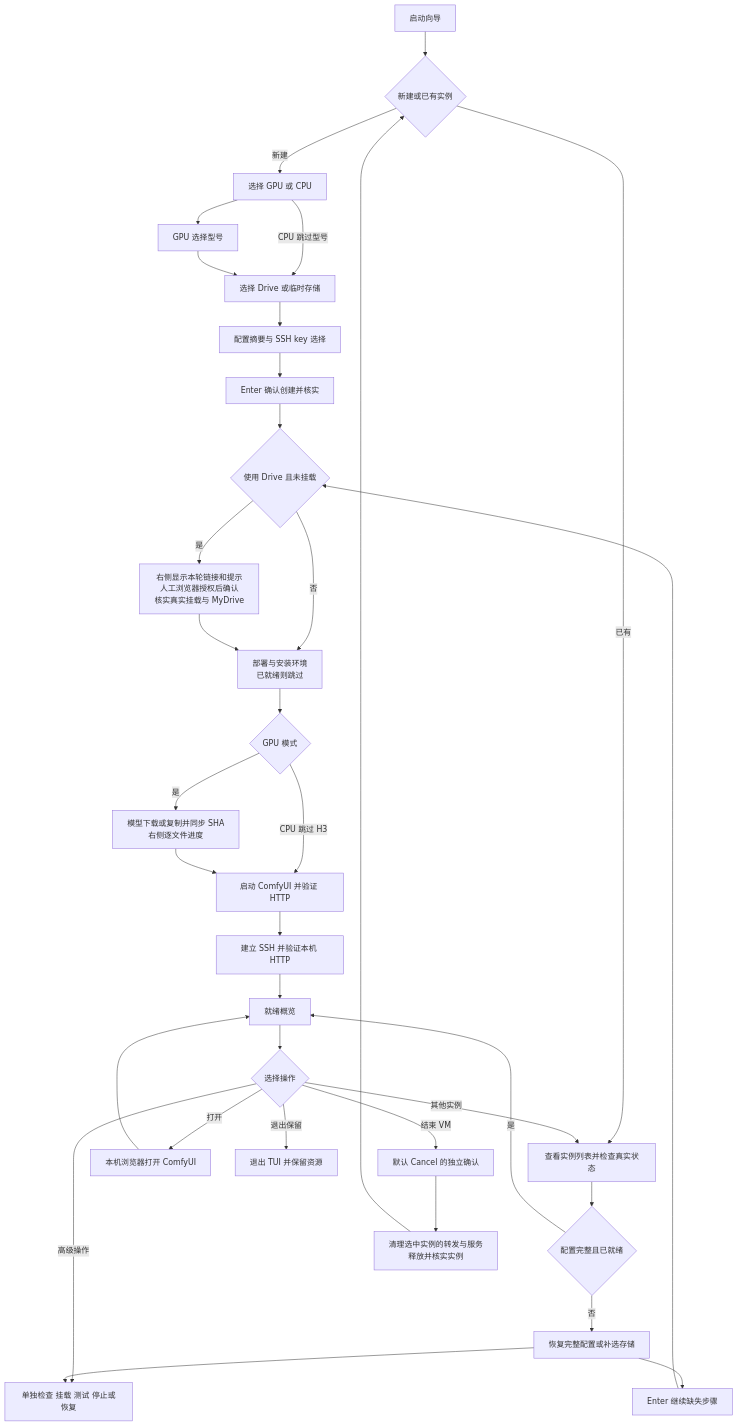
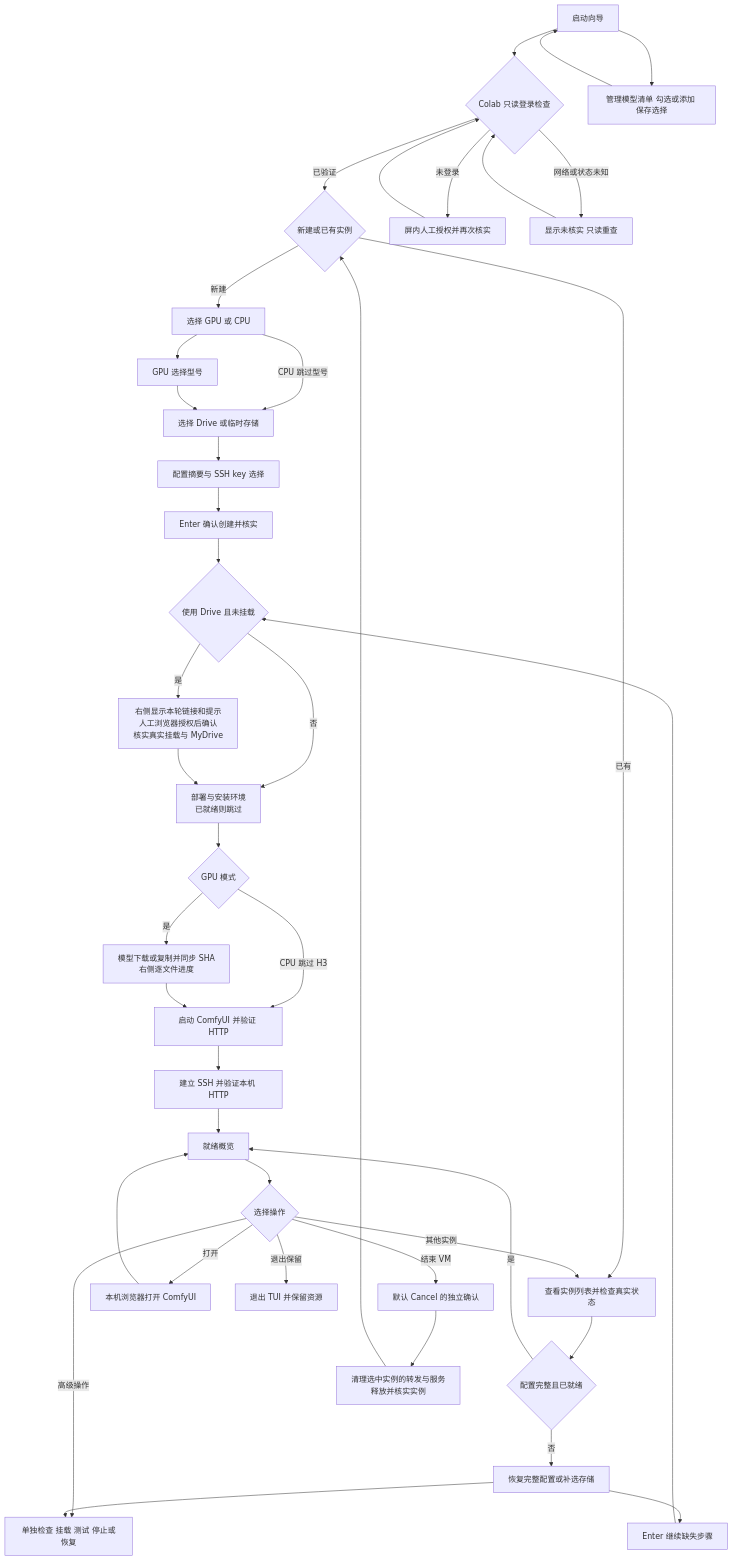
The diagram in docs/startup-wizard.md (ledoesnt/colab-comfyui-launcher), drawn with Mermaid before and after one commit. The commit also changed other lines of this file and 23 other files, not shown here.

````diff
--- a/docs/startup-wizard.md
+++ b/docs/startup-wizard.md
@@ -5,36 +5,43 @@
 ```mermaid
 flowchart TD
-    A[启动向导] --> B{新建或已有实例}
+    A[启动向导] --> AUTH{Colab 只读登录检查}
+    AUTH -->|已验证| B{新建或已有实例}
+    AUTH -->|未登录| LOGIN[屏内人工授权并再次核实]
+    LOGIN --> AUTH
+    AUTH -->|网络或状态未知| RETRY[显示未核实 只读重查]
+    RETRY --> AUTH
+    A --> MODEL[管理模型清单 勾选或添加 保存选择]
+    MODEL --> A
     B -->|新建| C[选择 GPU 或 CPU]
     C --> D[GPU 选择型号]
     C -->|CPU 跳过型号| E[选择 Drive 或临时存储]
     D --> E
     E --> F[配置摘要与 SSH key 选择]
     F --> G[Enter 确认创建并核实]
     B -->|已有| H[查看实例列表并检查真实状态]
     H --> I{配置完整且已就绪}
     I -->|是| R[就绪概览]
     I -->|否| J[恢复完整配置或补选存储]
     J --> K[Enter 继续缺失步骤]
     G --> L{使用 Drive 且未挂载}
     K --> L
     L -->|是| M[右侧显示本轮链接和提示<br/>人工浏览器授权后确认<br/>核实真实挂载与 MyDrive]
     L -->|否| N[部署与安装环境<br/>已就绪则跳过]
     M --> N
     N --> O{GPU 模式}
     O -->|是| P[模型下载或复制并同步 SHA<br/>右侧逐文件进度]
     O -->|CPU 跳过 H3| Q[启动 ComfyUI 并验证 HTTP]
     P --> Q
     Q --> S[建立 SSH 并验证本机 HTTP]
     S --> R
     R --> T{选择操作}
     T -->|打开| U[本机浏览器打开 ComfyUI]
     U --> R
     T -->|退出保留| V[退出 TUI 并保留资源]
     T -->|结束 VM| W[默认 Cancel 的独立确认]
     W --> X[清理选中实例的转发与服务<br/>释放并核实实例]
     X --> B
     T -->|其他实例| H
     T -->|高级操作| Y[单独检查 挂载 测试 停止或恢复]
     J --> Y
 ```
````
